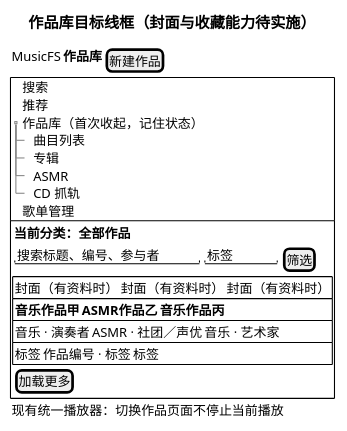
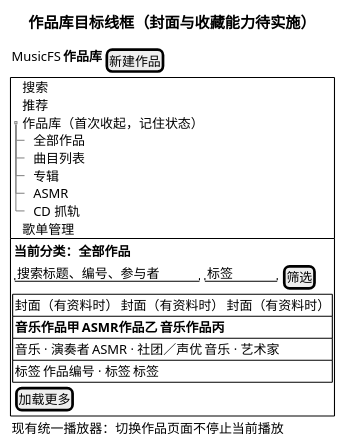
Before and after one commit to fnMrRice/MusicFS: the diagram in docs/prototypes/work-library.salt.puml, drawn with PlantUML. The commit also changed 2 other files, not shown here.

```diff
--- a/docs/prototypes/work-library.salt.puml
+++ b/docs/prototypes/work-library.salt.puml
@@ -1,31 +1,32 @@
 @startsalt
 title 作品库目标线框（封面与收藏能力待实施）
 {
 { MusicFS | <b>作品库 | [新建作品] }
 {#
 {T
 + 搜索
 + 推荐
 + 作品库（首次收起，记住状态）
+++ 全部作品
 ++ 曲目列表
 ++ 专辑
 ++ ASMR
 ++ CD 抓轨
 + 歌单管理
 }
 |
 {
 { <b>当前分类：全部作品 }
 { "搜索标题、编号、参与者          " | "标签      " | [筛选] }
 {#
 { 封面（有资料时） | 封面（有资料时） | 封面（有资料时） }
 { <b>音乐作品甲 | <b>ASMR作品乙 | <b>音乐作品丙 }
 { 音乐 · 演奏者 | ASMR · 社团／声优 | 音乐 · 艺术家 }
 { 标签 | 作品编号 · 标签 | 标签 }
 }
 { [加载更多] }
 }
 }
 { 现有统一播放器：切换作品页面不停止当前播放 }
 }
 @endsalt
```
